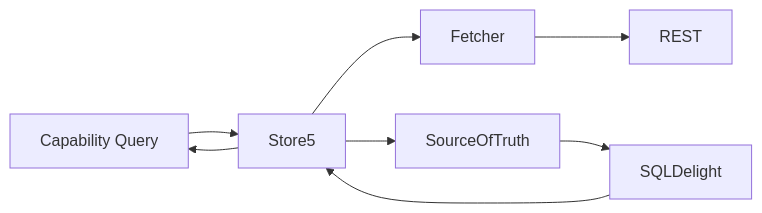
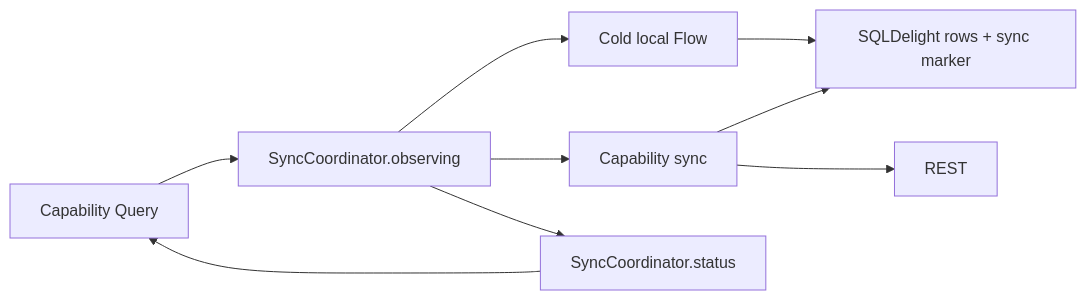
One commit to mayankmkh/base_kmp_project changed the fourth of 11 diagrams in docs/architecture/helix-kmp-source-of-truth.md. Above: the diagram before and after it, drawn with Mermaid. The commit also changed other lines of this file and 47 other files, not shown here.

First line of the commit message:
feat(resource): replace Store5 with a domain-blind SyncCoordinator that retries offline failures on reconnect

````diff
--- a/docs/architecture/helix-kmp-source-of-truth.md
+++ b/docs/architecture/helix-kmp-source-of-truth.md
@@ -3238,10 +3257,11 @@
 ```mermaid
 flowchart LR
-    Q[Capability Query] --> S[Store5]
-    S --> F[Fetcher]
-    F --> HTTP[REST]
-    S --> SOT[SourceOfTruth]
-    SOT --> SQL[SQLDelight]
-    SQL --> S
-    S --> Q
+    Q[Capability Query] --> OBS[SyncCoordinator.observing]
+    OBS --> LOCAL[Cold local Flow]
+    LOCAL --> SQL[SQLDelight rows + sync marker]
+    OBS --> SYNC[Capability sync]
+    SYNC --> HTTP[REST]
+    SYNC --> SQL
+    OBS --> ST[SyncCoordinator.status]
+    ST --> Q
 ```
````
